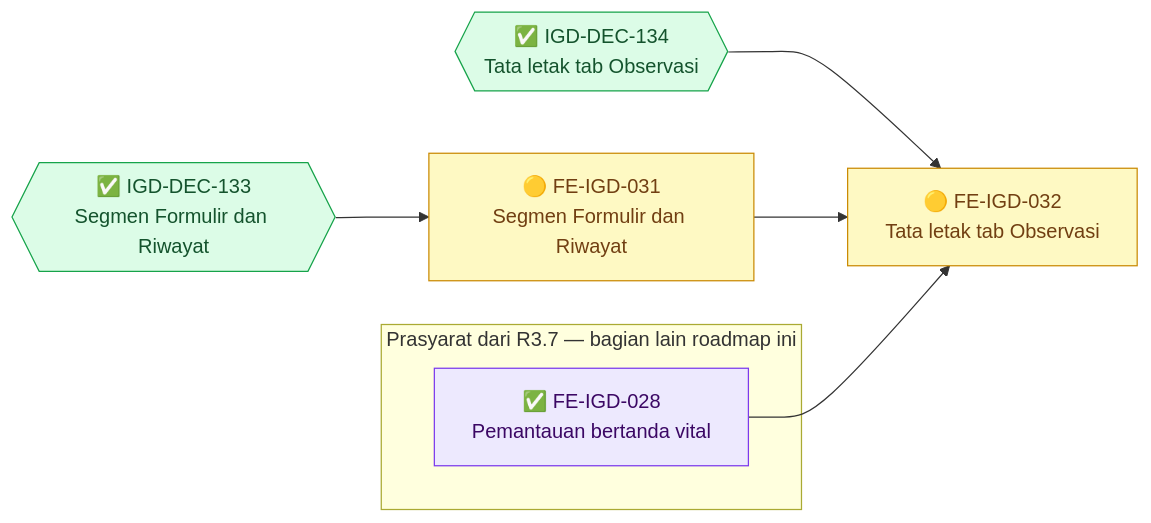
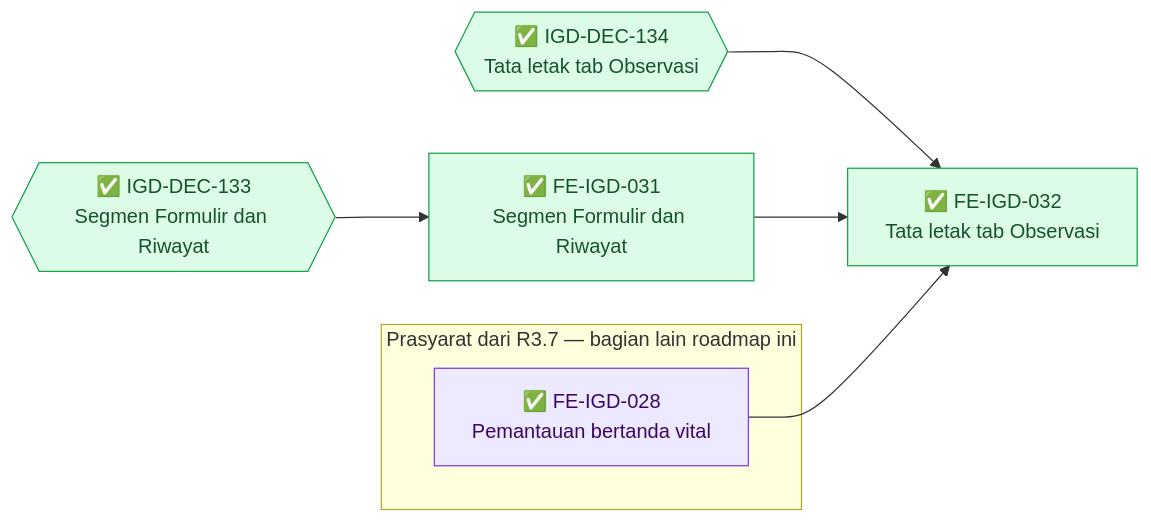
Before and after one commit to DevBenari/NewQuilvianSystemBackend: the tenth of 19 diagrams in docs/module-blueprints/igd/roadmap/frontend-roadmap.md, drawn with Mermaid. The commit also changed other lines of this file and 10 other files, not shown here.

````diff
--- a/docs/module-blueprints/igd/roadmap/frontend-roadmap.md
+++ b/docs/module-blueprints/igd/roadmap/frontend-roadmap.md
@@ -1112,22 +1112,22 @@
 ```mermaid
 flowchart LR
     classDef selesai fill:#DCFCE7,stroke:#16A34A,color:#14532D
     classDef sebagian fill:#FEF9C3,stroke:#CA8A04,color:#713F12
     classDef terblokir fill:#FEE2E2,stroke:#DC2626,color:#7F1D1D
     classDef belum fill:#F1F5F9,stroke:#64748B,color:#0F172A
     classDef luar fill:#EDE9FE,stroke:#7C3AED,color:#3B0764
 
     subgraph lain["Prasyarat dari R3.7 — bagian lain roadmap ini"]
         FEIGD028["✅ FE-IGD-028<br/>Pemantauan bertanda vital"]:::luar
     end
 
     DEC133{{"✅ IGD-DEC-133<br/>Segmen Formulir dan Riwayat"}}:::selesai
     DEC134{{"✅ IGD-DEC-134<br/>Tata letak tab Observasi"}}:::selesai
-    FEIGD031["🟡 FE-IGD-031<br/>Segmen Formulir dan Riwayat"]:::sebagian
-    FEIGD032["🟡 FE-IGD-032<br/>Tata letak tab Observasi"]:::sebagian
+    FEIGD031["✅ FE-IGD-031<br/>Segmen Formulir dan Riwayat"]:::selesai
+    FEIGD032["✅ FE-IGD-032<br/>Tata letak tab Observasi"]:::selesai
 
     DEC133 --> FEIGD031
     DEC134 --> FEIGD032
     FEIGD031 --> FEIGD032
     FEIGD028 --> FEIGD032
 ```
````
